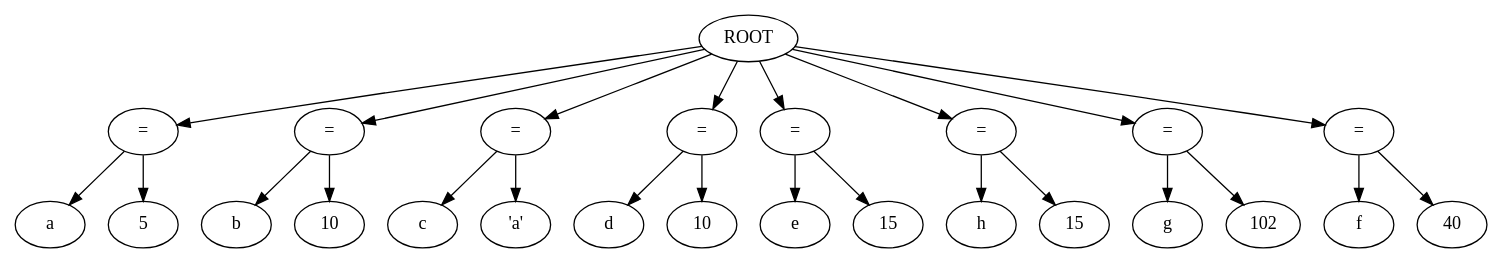
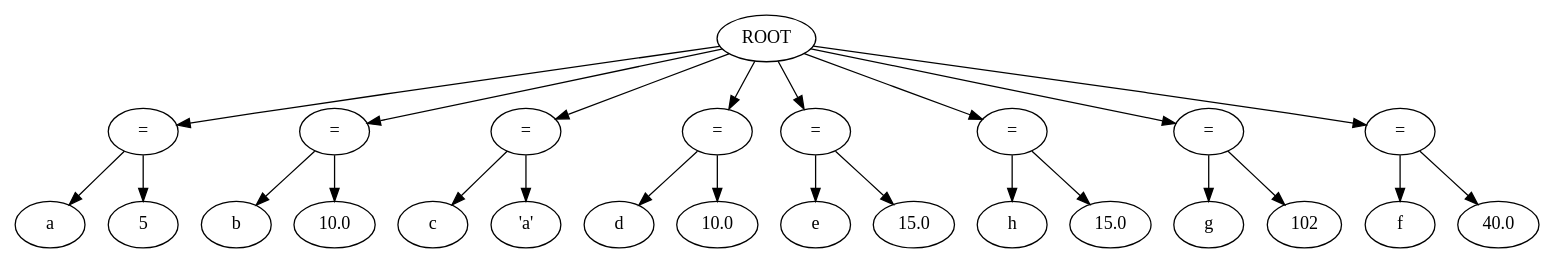
The diagram in project1/ast_files/inputfile_graph1.gv (InteVleminckx/Compilers), drawn with Graphviz before and after one commit. The commit also changed 8 other files, not shown here.

```diff
--- a/project1/ast_files/inputfile_graph1.gv
+++ b/project1/ast_files/inputfile_graph1.gv
@@ -1,50 +1,50 @@
 strict digraph G{
 l11[label = "="]
 l111[label = "="]
 l1111[label = "="]
 l11111[label = "="]
 l111111[label = "="]
 l1111111[label = "="]
 l11111111[label = "="]
 l111111111[label = "="]
 "ROOT"->"l11"
 l11111111131[label = "a"]
 l111111111311[label = "5"]
 "l11"->l11111111131
 "l11"->l111111111311
 "ROOT"->"l111"
 l111111111331[label = "b"]
-l1111111113311[label = "10"]
+l1111111113311[label = "10.0"]
 "l111"->l111111111331
 "l111"->l1111111113311
 "ROOT"->"l1111"
 l1111111113331[label = "c"]
 l11111111133311[label = "'a'"]
 "l1111"->l1111111113331
 "l1111"->l11111111133311
 "ROOT"->"l11111"
 l11111111133331[label = "d"]
-l111111111333311[label = "10"]
+l111111111333311[label = "10.0"]
 "l11111"->l11111111133331
 "l11111"->l111111111333311
 "ROOT"->"l111111"
 l111111111333331[label = "e"]
-l1111111113333311[label = "15"]
+l1111111113333311[label = "15.0"]
 "l111111"->l111111111333331
 "l111111"->l1111111113333311
 "ROOT"->"l1111111"
 l1111111113333331[label = "h"]
-l11111111133333311[label = "15"]
+l11111111133333311[label = "15.0"]
 "l1111111"->l1111111113333331
 "l1111111"->l11111111133333311
 "ROOT"->"l11111111"
 l11111111133333331[label = "g"]
 l111111111333333311[label = "102"]
 "l11111111"->l11111111133333331
 "l11111111"->l111111111333333311
 "ROOT"->"l111111111"
 l111111111333333331[label = "f"]
-l1111111113333333311[label = "40"]
+l1111111113333333311[label = "40.0"]
 "l111111111"->l111111111333333331
 "l111111111"->l1111111113333333311
 }
```
